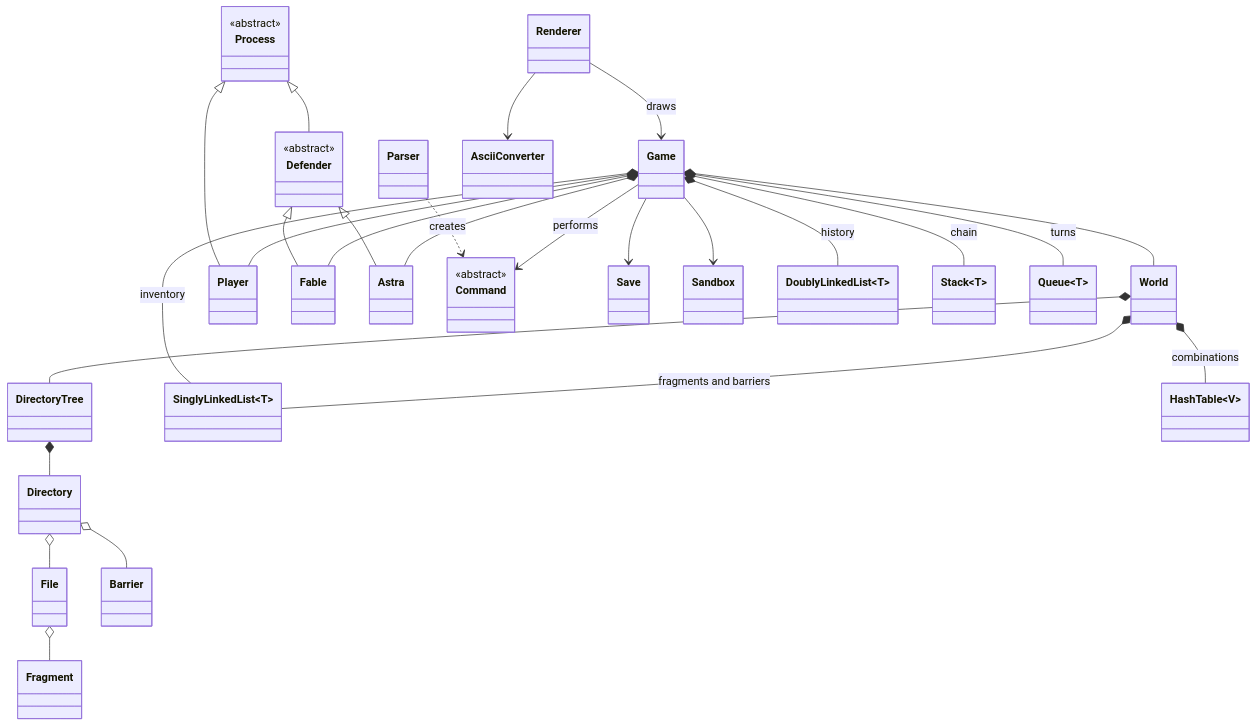
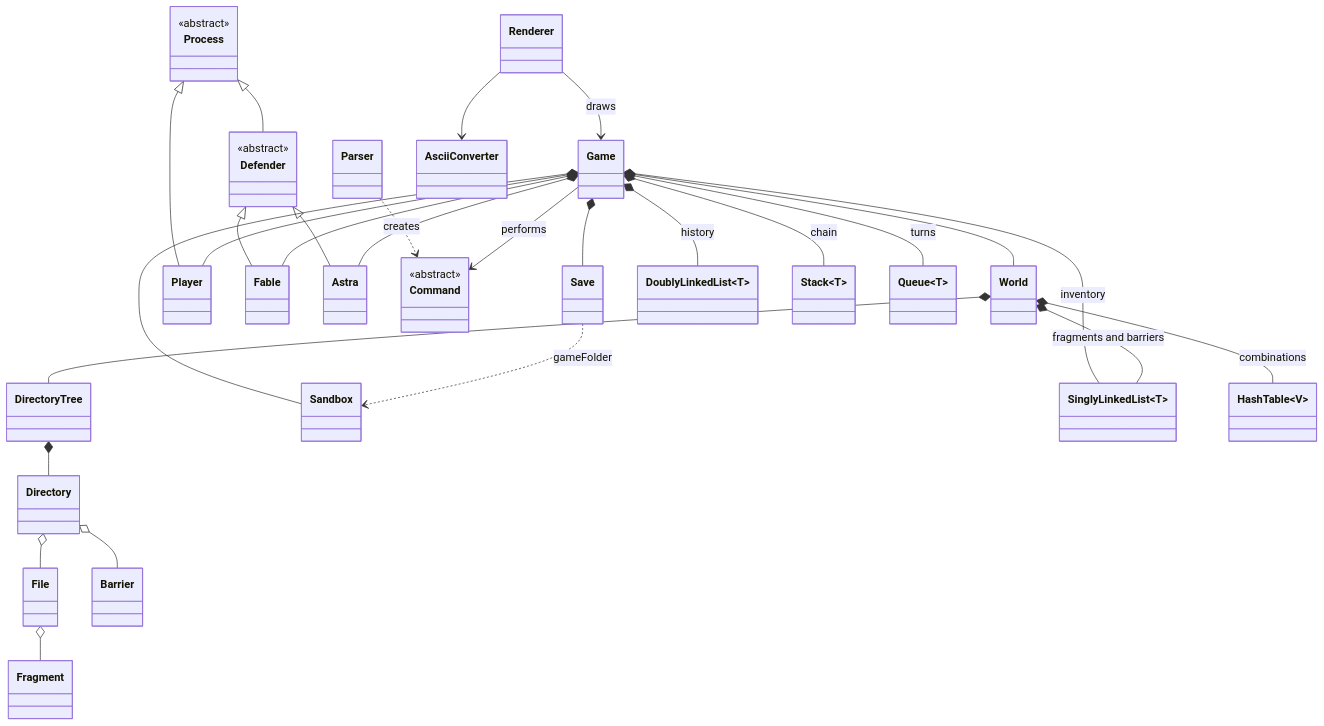
One commit to Lawrensu/Deviant changed the first of 11 diagrams in docs/class_diagram.md. Above: the diagram before and after it, drawn with Mermaid. The commit also changed 11 other files, not shown here.

Commit message:
Phase 4: Save with checksum and edit check, reload count, Sandbox files, replay lines, text mode title, docs updated

````diff
--- a/docs/class_diagram.md
+++ b/docs/class_diagram.md
@@ -24,61 +24,62 @@
 ```mermaid
 classDiagram
     class Game
     class World
     class DirectoryTree
     class Directory
     class File
     class Fragment
     class Barrier
     class Process {
         <<abstract>>
     }
     class Defender {
         <<abstract>>
     }
     class Player
     class Fable
     class Astra
     class Command {
         <<abstract>>
     }
     class Parser
     class Save
     class Sandbox
     class Renderer
     class AsciiConverter
     class SinglyLinkedList~T~
     class DoublyLinkedList~T~
     class Stack~T~
     class Queue~T~
     class HashTable~V~
 
     Process <|-- Player
     Process <|-- Defender
     Defender <|-- Fable
     Defender <|-- Astra
 
     Game *-- World
     Game *-- Player
     Game *-- Fable
     Game *-- Astra
     Game *-- SinglyLinkedList : inventory
     Game *-- Stack : chain
     Game *-- DoublyLinkedList : history
     Game *-- Queue : turns
 
     World *-- DirectoryTree
     World *-- HashTable : combinations
     World *-- SinglyLinkedList : fragments and barriers
     DirectoryTree *-- Directory
     Directory o-- File
     Directory o-- Barrier
     File o-- Fragment
 
     Parser ..> Command : creates
     Game --> Command : performs
-    Game --> Save
-    Game --> Sandbox
+    Game *-- Save
+    Game *-- Sandbox
+    Save ..> Sandbox : gameFolder
     Renderer --> Game : draws
     Renderer --> AsciiConverter
 ```
````
